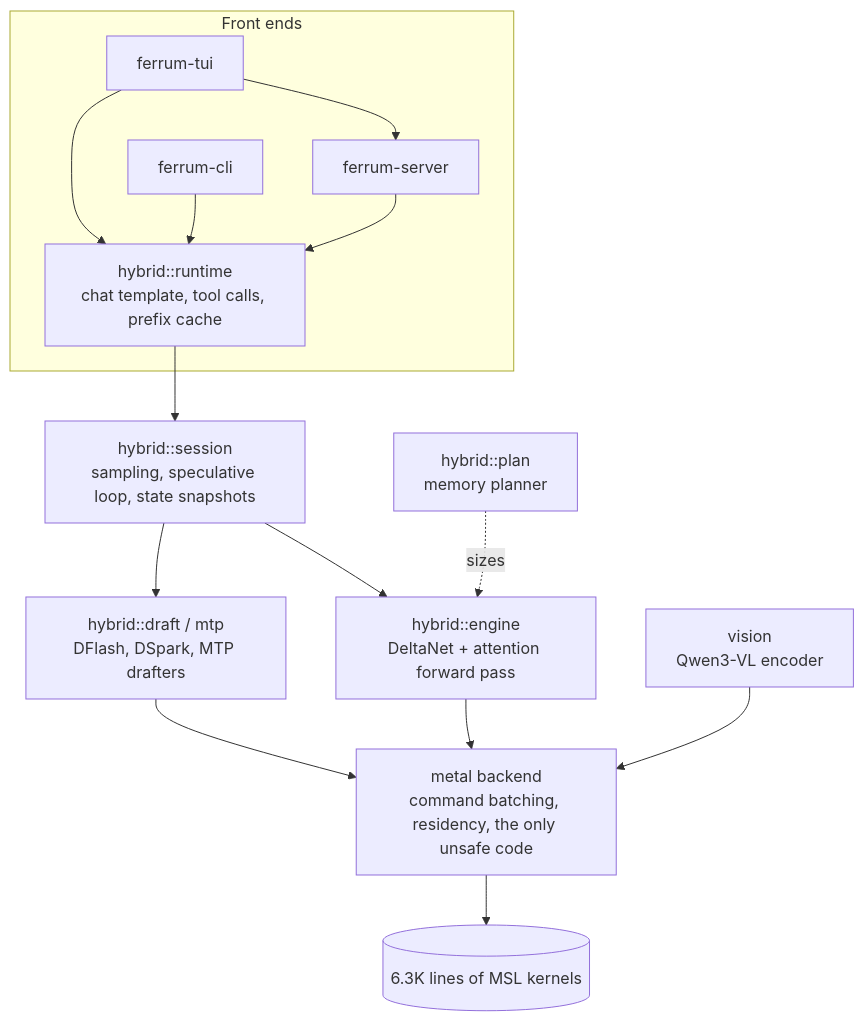
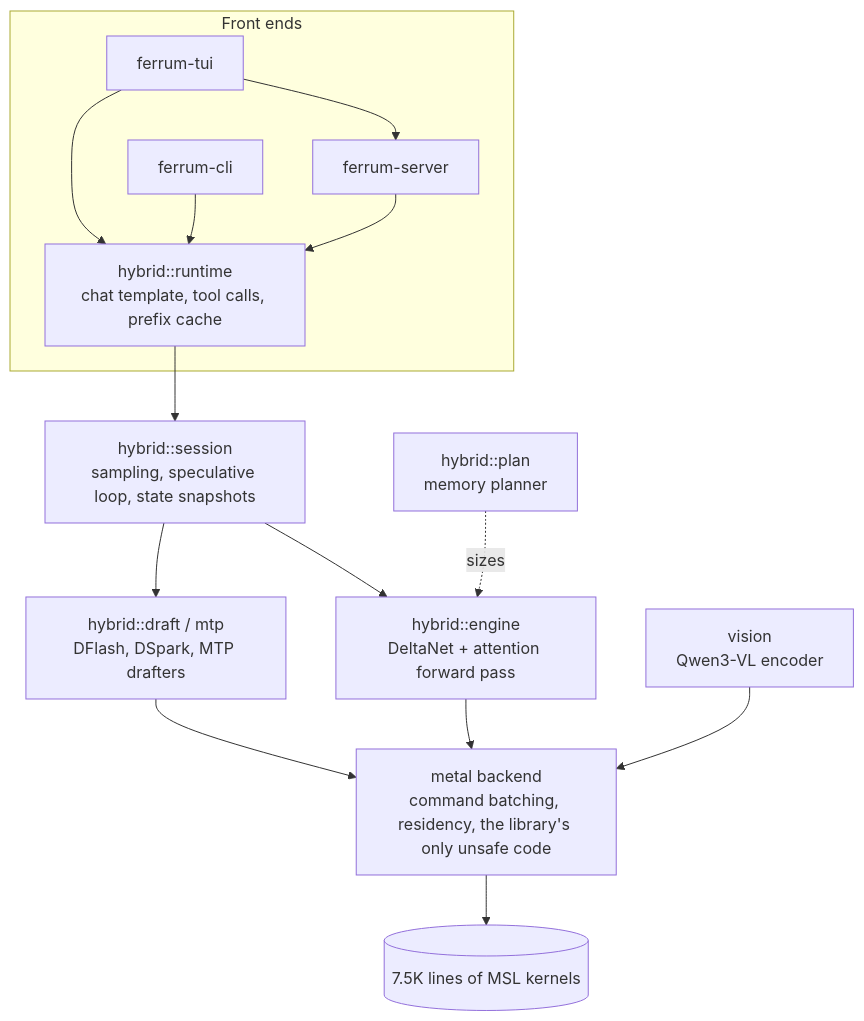
The diagram in README.md (austinwells-dev/ferrum), drawn with Mermaid before and after one commit. The commit also changed other lines of this file and 39 other files, not shown here.

````diff
--- a/README.md
+++ b/README.md
@@ -137,17 +140,17 @@
 ```mermaid
 flowchart TD
     subgraph Front ends
         TUI[ferrum-tui] --> SRV[ferrum-server]
         TUI --> RT
         CLI[ferrum-cli] --> RT
         SRV --> RT[hybrid::runtime<br/>chat template, tool calls, prefix cache]
     end
     RT --> SES[hybrid::session<br/>sampling, speculative loop, state snapshots]
     SES --> ENG[hybrid::engine<br/>DeltaNet + attention forward pass]
     SES --> DRF[hybrid::draft / mtp<br/>DFlash, DSpark, MTP drafters]
     PLAN[hybrid::plan<br/>memory planner] -.sizes.-> ENG
     ENG --> MTL
     DRF --> MTL
     VIS[vision<br/>Qwen3-VL encoder] --> MTL
-    MTL[metal backend<br/>command batching, residency, the only unsafe code] --> SH[(6.3K lines of MSL kernels)]
+    MTL[metal backend<br/>command batching, residency, the library's only unsafe code] --> SH[(7.5K lines of MSL kernels)]
 ```
````
